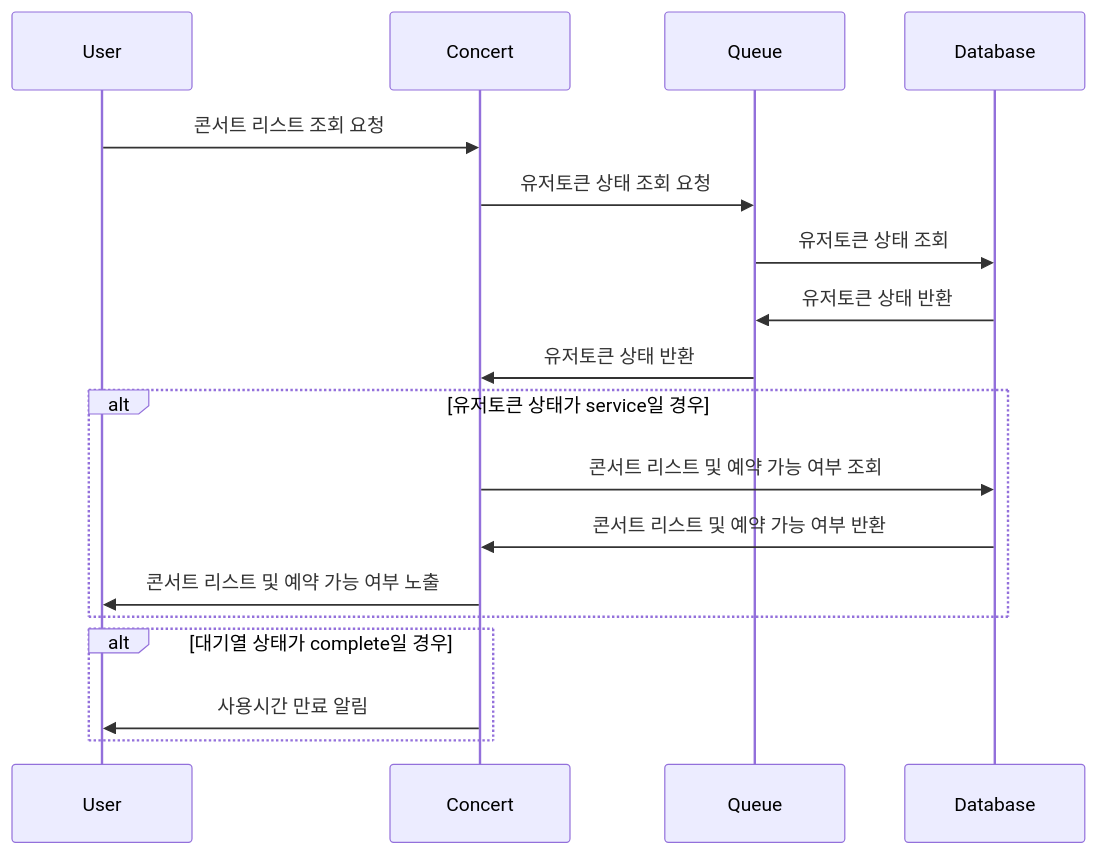
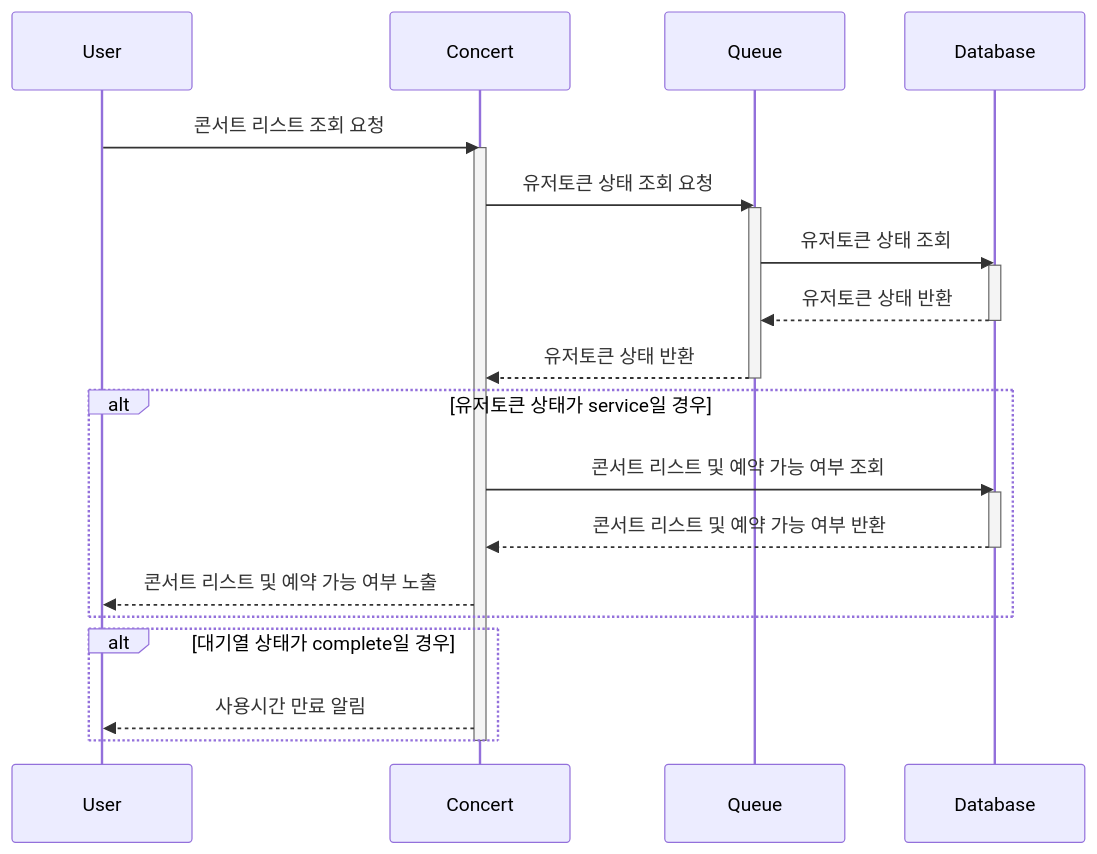
One commit to durara021/hhplus-server-construction changed the second of 6 diagrams in README.md. Above: the diagram before and after it, drawn with Mermaid. The commit also changed other lines of this file, not shown here.

Commit message:
시퀀스 다이어그램 생명선 추가 (#10)

````diff
--- a/README.md
+++ b/README.md
@@ -43,23 +63,32 @@
 ```mermaid
 sequenceDiagram
     participant User
     participant Concert
     participant Queue
     participant Database
 
     User ->> Concert: 콘서트 리스트 조회 요청
+    activate Concert
     Concert ->> Queue: 유저토큰 상태 조회 요청
+    activate Queue
     Queue ->> Database: 유저토큰 상태 조회
-    Database ->> Queue: 유저토큰 상태 반환
-    Queue ->> Concert: 유저토큰 상태 반환
+    activate Database
+    Database -->> Queue: 유저토큰 상태 반환
+    deactivate Database
+    Queue -->> Concert: 유저토큰 상태 반환
+    deactivate Queue
 
     alt 유저토큰 상태가 service일 경우
-    Concert ->> Database: 콘서트 리스트 및 예약 가능 여부 조회
-    Database ->> Concert: 콘서트 리스트 및 예약 가능 여부 반환
-    Concert ->> User: 콘서트 리스트 및 예약 가능 여부 노출
+        Concert ->> Database: 콘서트 리스트 및 예약 가능 여부 조회
+        activate Database
+        Database -->> Concert: 콘서트 리스트 및 예약 가능 여부 반환
+        deactivate Database
+        Concert -->> User: 콘서트 리스트 및 예약 가능 여부 노출
     end
 
     alt 대기열 상태가 complete일 경우
-    Concert ->> User: 사용시간 만료 알림
-    end  
+        Concert -->> User: 사용시간 만료 알림
+    end
+    deactivate Concert
+
 ```
````
